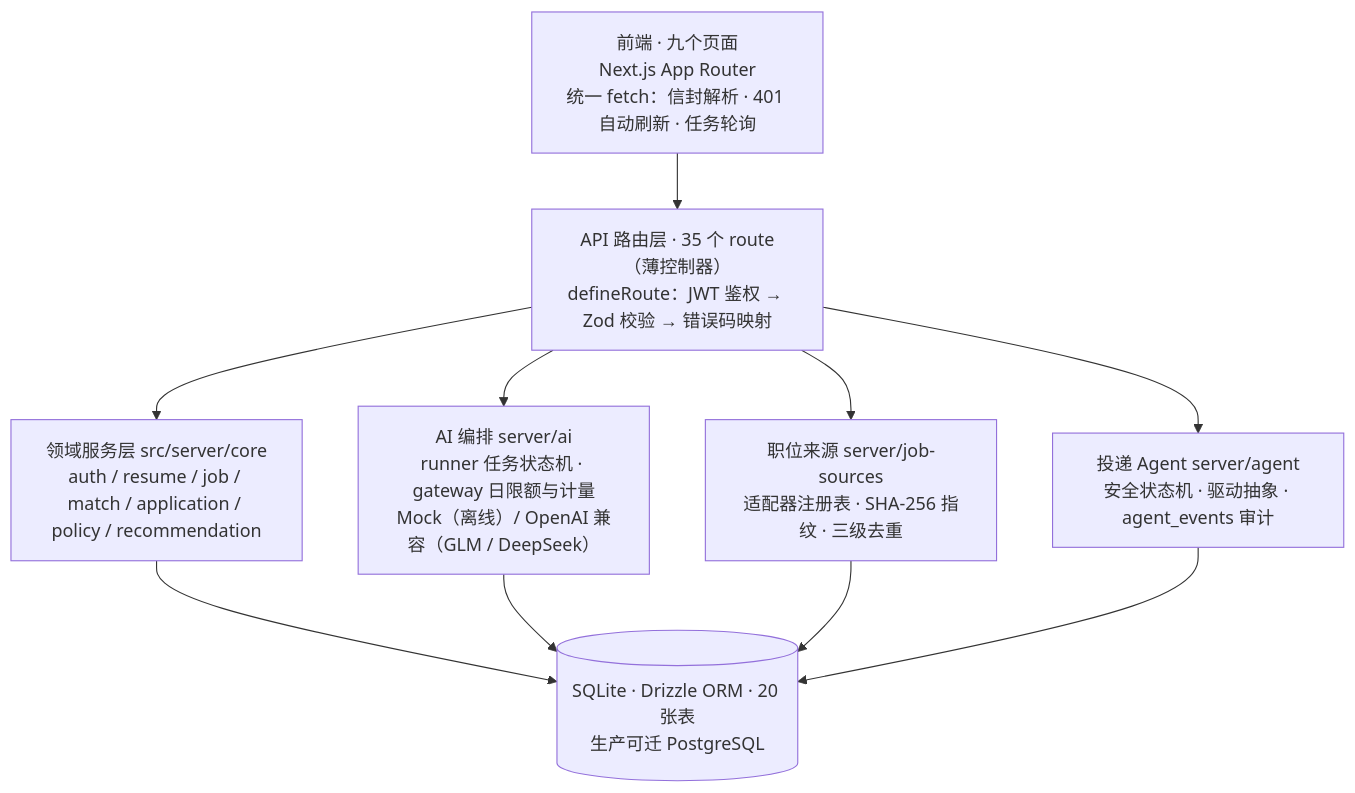
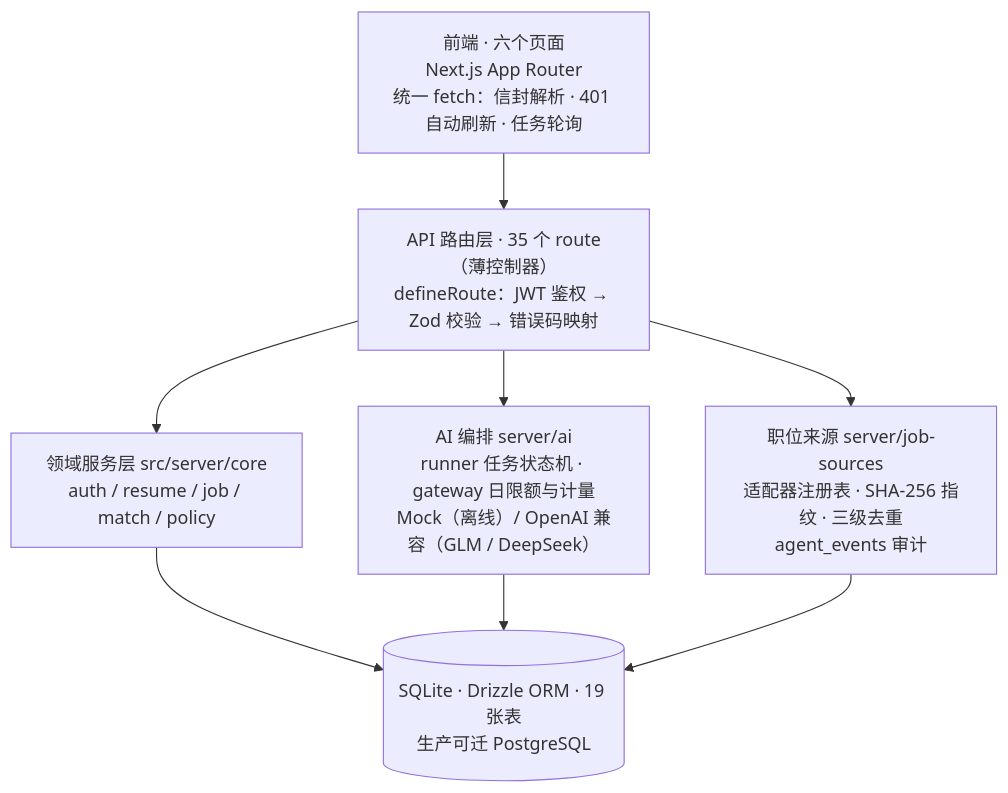
One commit to ningrix/jobhunter changed the diagram in README.md. Above: the diagram before and after it, drawn with Mermaid. The commit also changed other lines of this file and 64 other files, not shown here.

````diff
--- a/README.md
+++ b/README.md
@@ -91,19 +89,16 @@
 ```mermaid
 flowchart TB
-    FE["前端 · 九个页面<br/>Next.js App Router<br/>统一 fetch：信封解析 · 401 自动刷新 · 任务轮询"]
+    FE["前端 · 六个页面<br/>Next.js App Router<br/>统一 fetch：信封解析 · 401 自动刷新 · 任务轮询"]
     API["API 路由层 · 35 个 route（薄控制器）<br/>defineRoute：JWT 鉴权 → Zod 校验 → 错误码映射"]
-    CORE["领域服务层 src/server/core<br/>auth / resume / job / match / application / policy / recommendation"]
-    DB[("SQLite · Drizzle ORM · 20 张表<br/>生产可迁 PostgreSQL")]
+    CORE["领域服务层 src/server/core<br/>auth / resume / job / match / policy"]
+    DB[("SQLite · Drizzle ORM · 19 张表<br/>生产可迁 PostgreSQL")]
     AI["AI 编排 server/ai<br/>runner 任务状态机 · gateway 日限额与计量<br/>Mock（离线）/ OpenAI 兼容（GLM / DeepSeek）"]
-    JS["职位来源 server/job-sources<br/>适配器注册表 · SHA-256 指纹 · 三级去重"]
-    AG["投递 Agent server/agent<br/>安全状态机 · 驱动抽象 · agent_events 审计"]
+    JS["职位来源 server/job-sources<br/>适配器注册表 · SHA-256 指纹 · 三级去重<br/>agent_events 审计"]
     FE --> API
     API --> CORE
     API --> AI
     API --> JS
-    API --> AG
     CORE --> DB
     AI --> DB
     JS --> DB
-    AG --> DB
 ```
````
